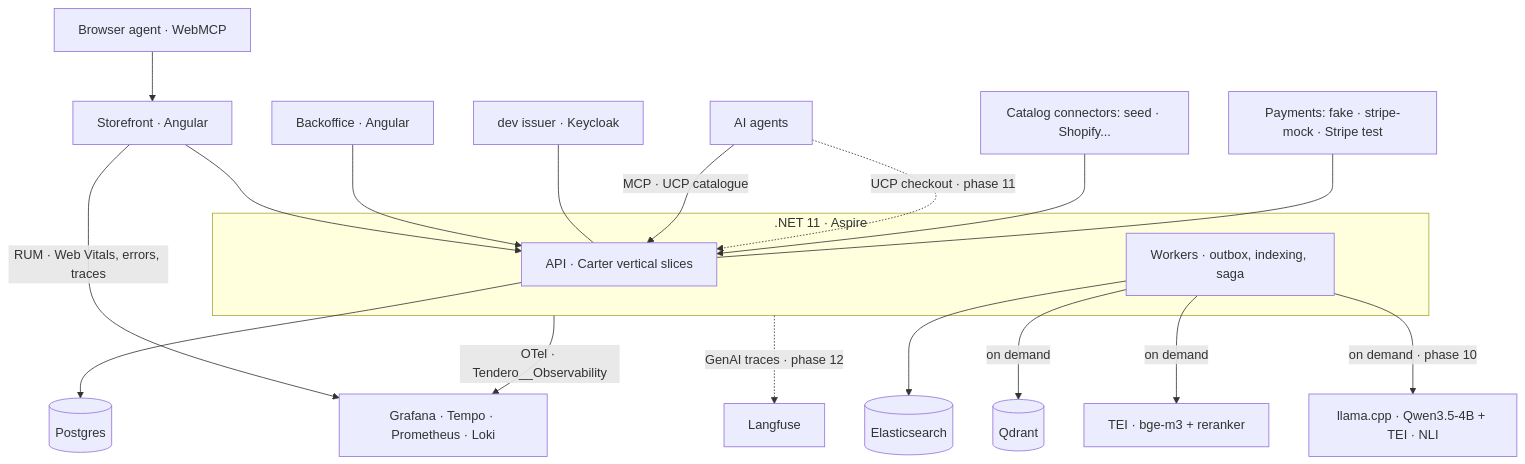
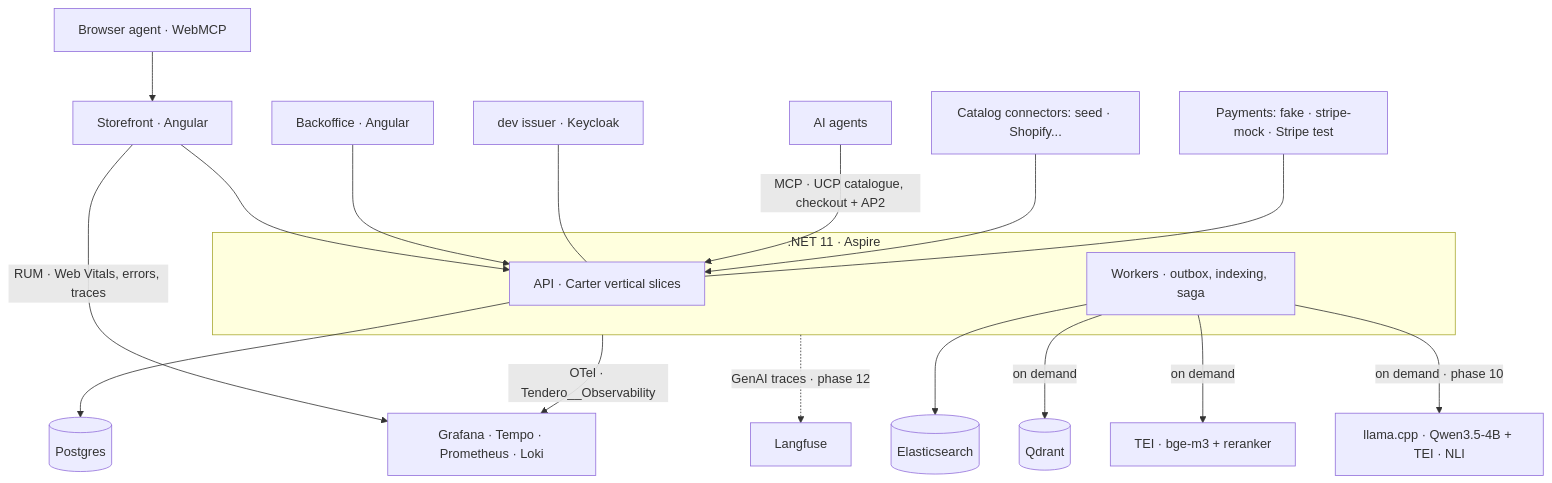
Before and after one commit to juanluelguerre/tendero: the diagram in README.md, drawn with Mermaid. The commit also changed other lines of this file and 1 other file, not shown here.

````diff
--- a/README.md
+++ b/README.md
@@ -70,23 +92,22 @@
 ```mermaid
 flowchart TB
     WM[Browser agent · WebMCP] --> SF
     SF[Storefront · Angular] --> API
     BO[Backoffice · Angular] --> API
     IDP[dev issuer · Keycloak] --- API
-    AG[AI agents] -->|MCP · UCP catalogue| API
-    AG -.->|UCP checkout · phase 11| API
+    AG[AI agents] -->|MCP · UCP catalogue, checkout + AP2| API
     subgraph Backend [.NET 11 · Aspire]
         API[API · Carter vertical slices]
         WK[Workers · outbox, indexing, saga]
     end
     API --> PG[(Postgres)]
     WK --> ES[(Elasticsearch)]
     WK -->|on demand| QD[(Qdrant)]
     WK -->|on demand| OL[TEI · bge-m3 + reranker]
     Backend -->|OTel · Tendero__Observability| OBS[Grafana · Tempo · Prometheus · Loki]
     SF -->|RUM · Web Vitals, errors, traces| OBS
     WK -->|on demand · phase 10| KN[llama.cpp · Qwen3.5-4B + TEI · NLI]
     Backend -.->|GenAI traces · phase 12| LF[Langfuse]
     EXT[Catalog connectors: seed · Shopify...] --> API
     PAY[Payments: fake · stripe-mock · Stripe test] --- API
 ```
````
